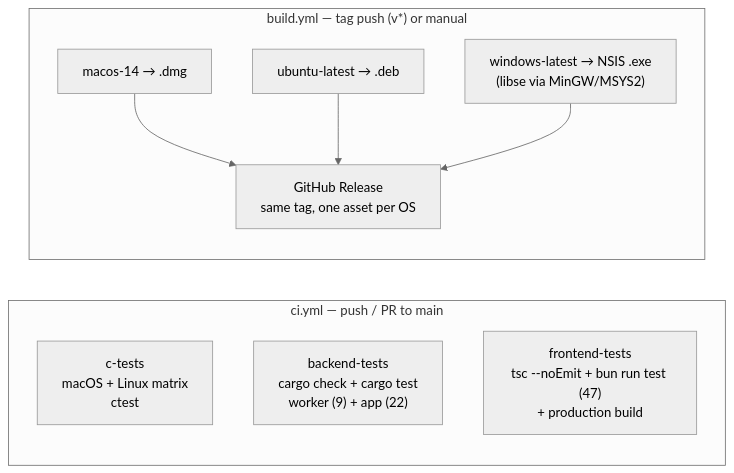
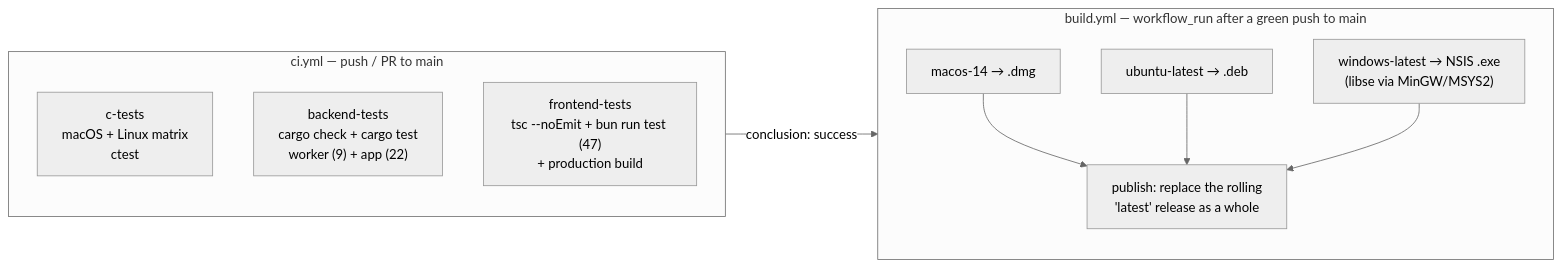
Before and after one commit to sersergious/surface-evolver: the sixth of 6 diagrams in ARCHITECTURE.md, drawn with Mermaid (neutral theme). The commit also changed other lines of this file and 4 other files, not shown here.

First line of the commit message:
ci(build)!: replace version tags with a CI-gated rolling `latest` release

````diff
--- a/ARCHITECTURE.md
+++ b/ARCHITECTURE.md
@@ -285,18 +285,19 @@
 ```mermaid
 flowchart LR
     subgraph CI["ci.yml — push / PR to main"]
         direction TB
         C1["c-tests<br/>macOS + Linux matrix<br/>ctest"]
         C2["backend-tests<br/>cargo check + cargo test<br/>worker (9) + app (22)"]
         C3["frontend-tests<br/>tsc --noEmit + bun run test (47)<br/>+ production build"]
     end
-    subgraph BUILD["build.yml — tag push (v*) or manual"]
+    subgraph BUILD["build.yml — workflow_run after a green push to main"]
         direction TB
         B1["macos-14 → .dmg"]
         B2["ubuntu-latest → .deb"]
         B3["windows-latest → NSIS .exe<br/>(libse via MinGW/MSYS2)"]
-        B1 --> REL["GitHub Release<br/>same tag, one asset per OS"]
+        B1 --> REL["publish: replace the rolling<br/>'latest' release as a whole"]
         B2 --> REL
         B3 --> REL
     end
+    CI -- "conclusion: success" --> BUILD
 ```
````
